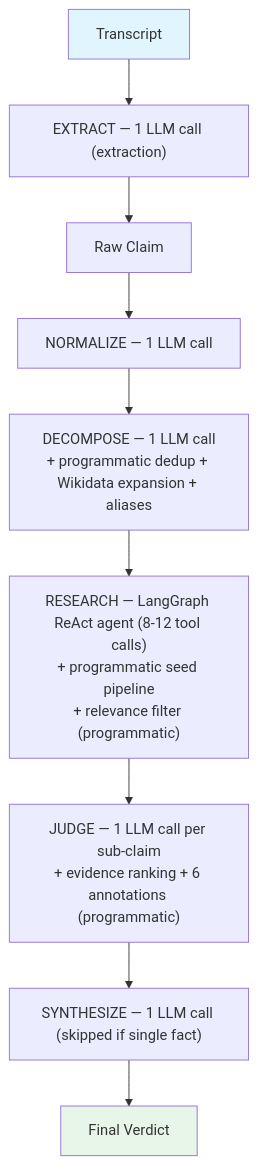
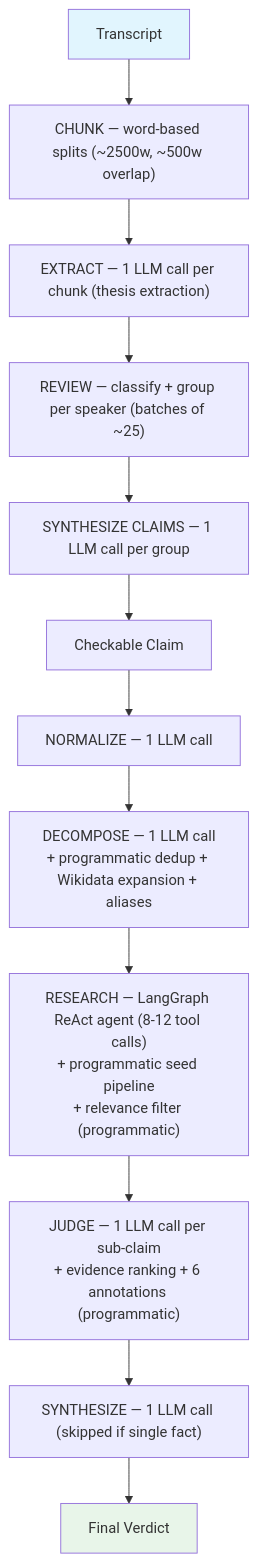
Before and after one commit to vedantadhobley/spin-cycle: the first of 2 diagrams in docs/llm-calls.md, drawn with Mermaid. The commit also changed other lines of this file and 22 other files, not shown here.

First line of the commit message:
refactor: centralize config, update docs for SpeakerTurn architecture

````diff
--- a/docs/llm-calls.md
+++ b/docs/llm-calls.md
@@ -11,14 +11,17 @@
 ```mermaid
 flowchart TD
-    T[Transcript] --> EXT["EXTRACT — 1 LLM call (extraction)"]
-    EXT --> RAW[Raw Claim]
+    T[Transcript] --> CHUNK["CHUNK — word-based splits (~2500w, ~500w overlap)"]
+    CHUNK --> EXT["EXTRACT — 1 LLM call per chunk (thesis extraction)"]
+    EXT --> REVIEW["REVIEW — classify + group per speaker (batches of ~25)"]
+    REVIEW --> SYNTH_C["SYNTHESIZE CLAIMS — 1 LLM call per group"]
+    SYNTH_C --> RAW[Checkable Claim]
     RAW --> NORM["NORMALIZE — 1 LLM call"]
     NORM --> DEC["DECOMPOSE — 1 LLM call\n+ programmatic dedup + Wikidata expansion + aliases"]
     DEC --> RES["RESEARCH — LangGraph ReAct agent (8-12 tool calls)\n+ programmatic seed pipeline\n+ relevance filter (programmatic)"]
     RES --> JDG["JUDGE — 1 LLM call per sub-claim\n+ evidence ranking + 6 annotations (programmatic)"]
     JDG --> SYN["SYNTHESIZE — 1 LLM call (skipped if single fact)"]
     SYN --> V[Final Verdict]
 
     style T fill:#e1f5fe
     style V fill:#e8f5e9
 ```
````
